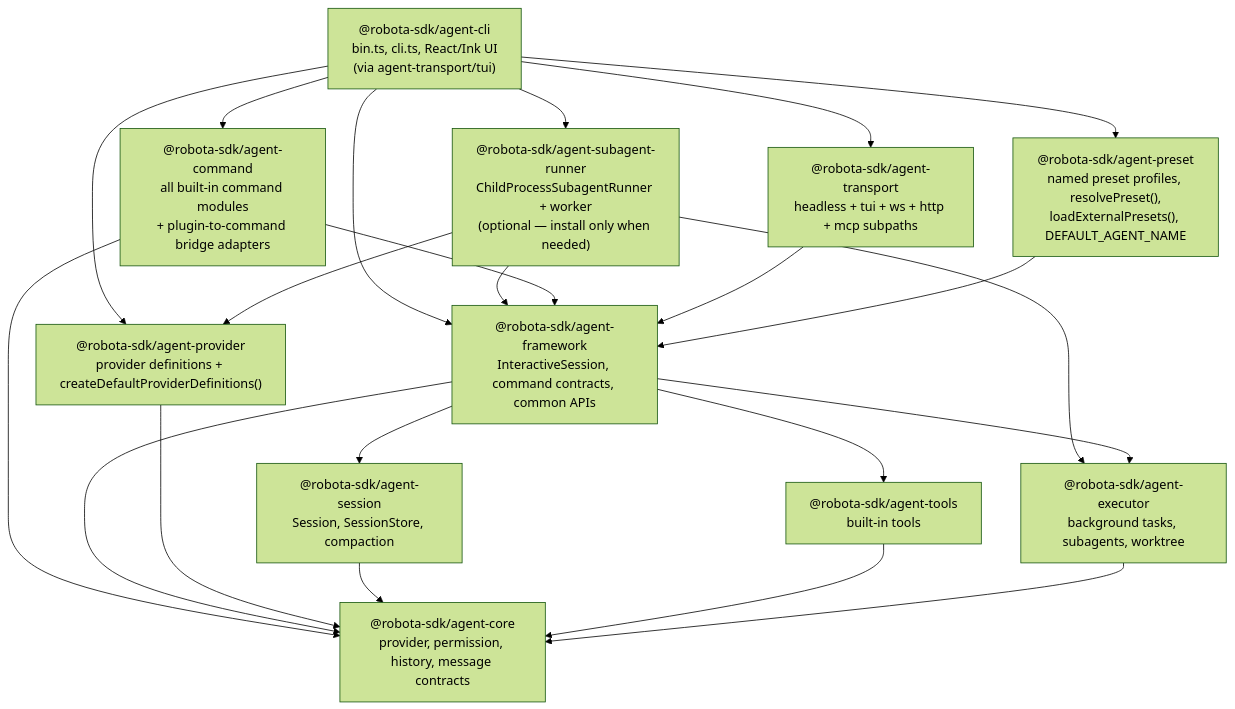
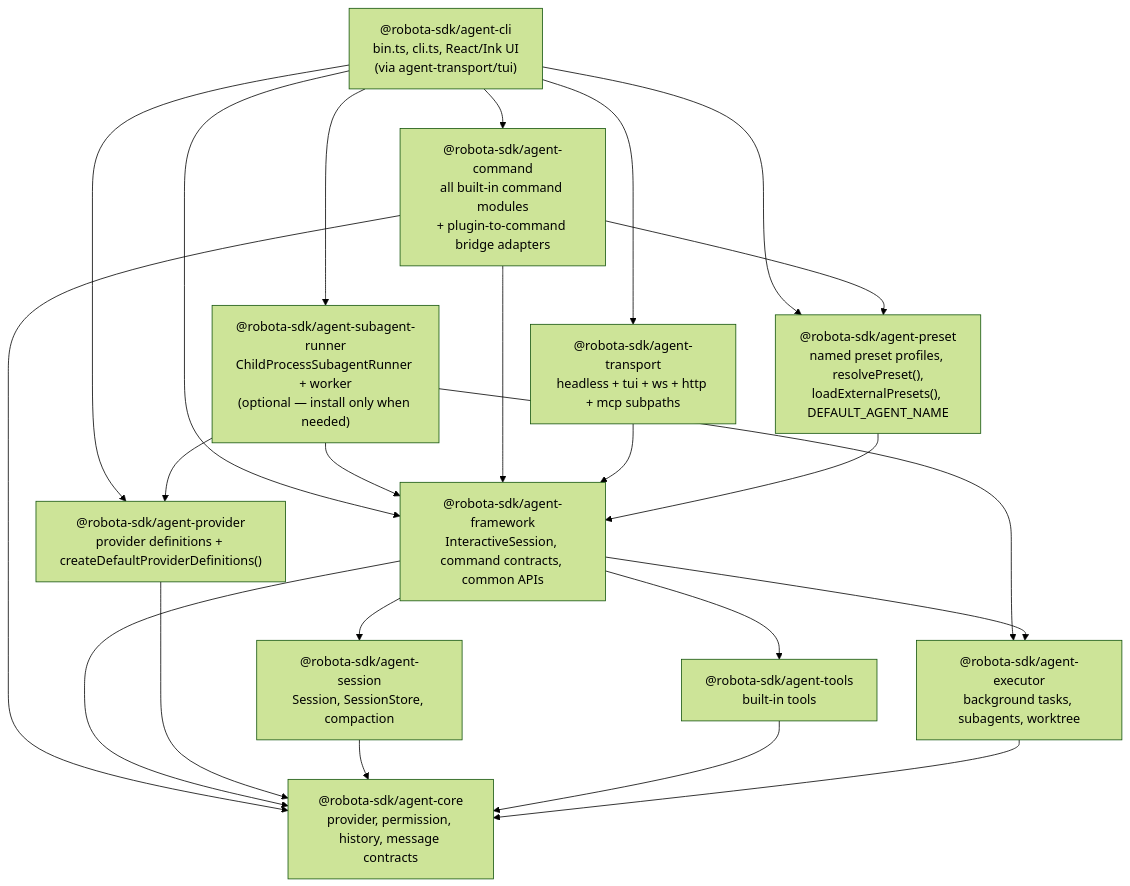
Before and after one commit to woojubb/robota: the diagram in .agents/specs/architecture-map/agent-cli/target-architecture.md, drawn with Mermaid (forest theme). The commit also changed 12 other files, not shown here.

First line of the commit message:
docs(arch): re-audit remediation — sync architecture-map + package SPECs to beta.75

````diff
--- a/.agents/specs/architecture-map/agent-cli/target-architecture.md
+++ b/.agents/specs/architecture-map/agent-cli/target-architecture.md
@@ -85,40 +85,41 @@
 ```mermaid
 flowchart TD
   CLI["@robota-sdk/agent-cli\nbin.ts, cli.ts, React/Ink UI\n(via agent-transport/tui)"]
   Framework["@robota-sdk/agent-framework\nInteractiveSession, command contracts, common APIs"]
   Commands["@robota-sdk/agent-command\nall built-in command modules\n+ plugin-to-command bridge adapters"]
   Core["@robota-sdk/agent-core\nprovider, permission, history, message contracts"]
   Session["@robota-sdk/agent-session\nSession, SessionStore, compaction"]
   Tools["@robota-sdk/agent-tools\nbuilt-in tools"]
   Executor["@robota-sdk/agent-executor\nbackground tasks, subagents, worktree"]
   Provider["@robota-sdk/agent-provider\nprovider definitions + createDefaultProviderDefinitions()"]
   Transport["@robota-sdk/agent-transport\nheadless + tui + ws + http + mcp subpaths"]
   SubagentRunner["@robota-sdk/agent-subagent-runner\nChildProcessSubagentRunner + worker\n(optional — install only when needed)"]
   Preset["@robota-sdk/agent-preset\nnamed preset profiles, resolvePreset(),\nloadExternalPresets(), DEFAULT_AGENT_NAME"]
 
   CLI --> Framework
   CLI --> Commands
   CLI --> Provider
   CLI --> Transport
   CLI --> SubagentRunner
   CLI --> Preset
 
   SubagentRunner --> Framework
   SubagentRunner --> Executor
   SubagentRunner --> Provider
 
   Commands --> Framework
   Commands --> Core
+  Commands --> Preset
 
   Framework --> Session
   Framework --> Tools
   Framework --> Executor
   Framework --> Core
 
   Provider --> Core
   Session --> Core
   Tools --> Core
   Executor --> Core
   Transport --> Framework
   Preset --> Framework
 ```
````
